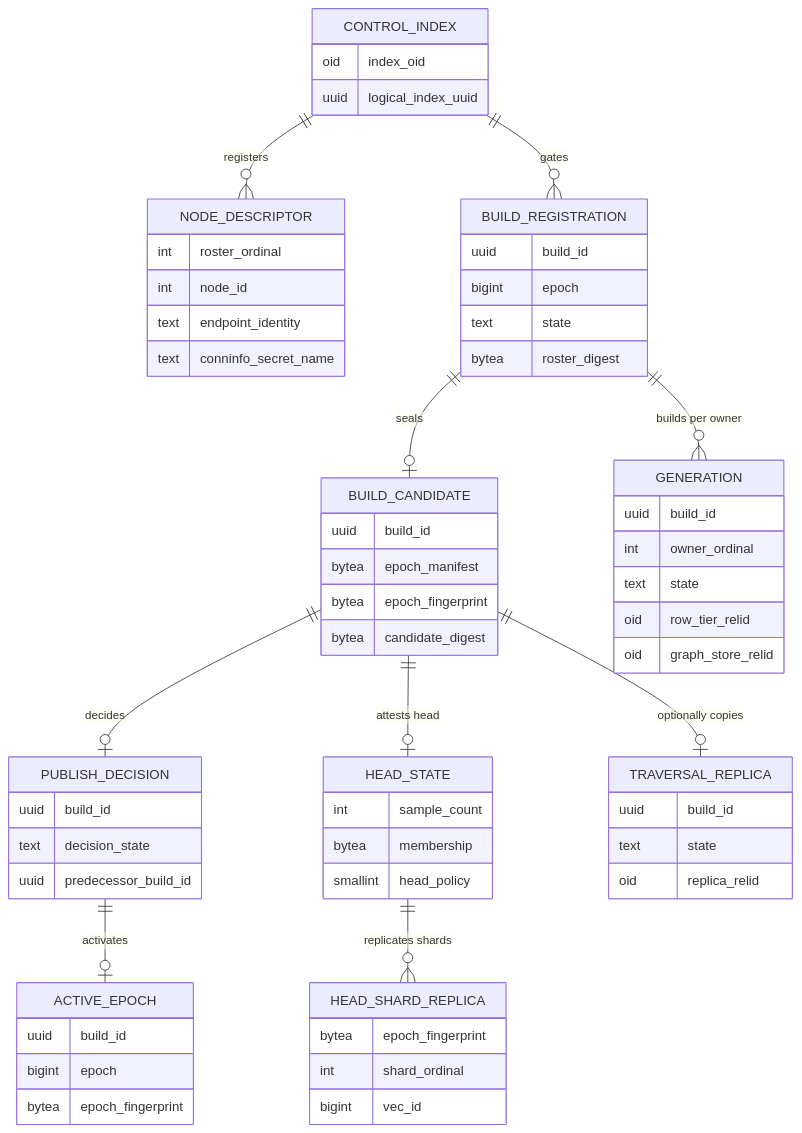
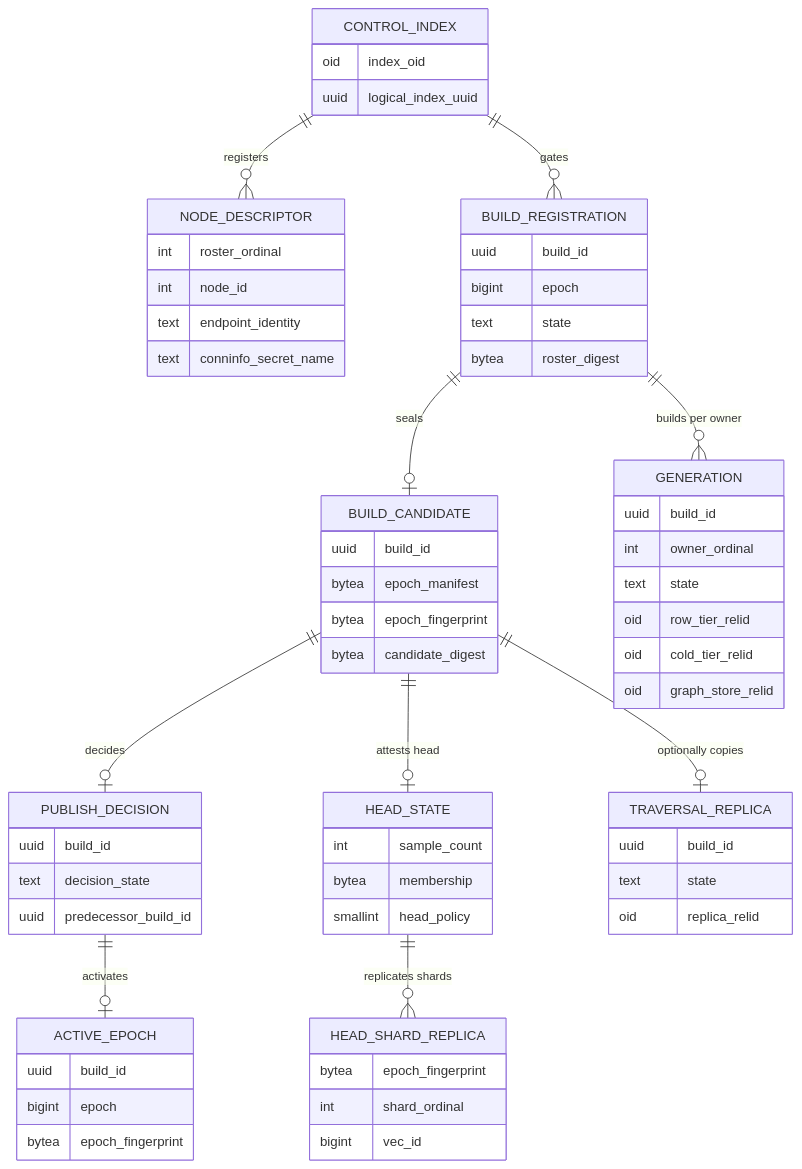
The second of 2 diagrams in spec/functional/distann/FR-085-distann-domain-model.md (agent-ix/ecaz), drawn with Mermaid before and after one commit. The commit also changed other lines of this file and 15 other files, not shown here.

````diff
--- a/spec/functional/distann/FR-085-distann-domain-model.md
+++ b/spec/functional/distann/FR-085-distann-domain-model.md
@@ -105,67 +105,68 @@
 ```mermaid
 erDiagram
     CONTROL_INDEX {
         oid index_oid
         uuid logical_index_uuid
     }
     NODE_DESCRIPTOR {
         int roster_ordinal
         int node_id
         text endpoint_identity
         text conninfo_secret_name
     }
     BUILD_REGISTRATION {
         uuid build_id
         bigint epoch
         text state
         bytea roster_digest
     }
     BUILD_CANDIDATE {
         uuid build_id
         bytea epoch_manifest
         bytea epoch_fingerprint
         bytea candidate_digest
     }
     PUBLISH_DECISION {
         uuid build_id
         text decision_state
         uuid predecessor_build_id
     }
     ACTIVE_EPOCH {
         uuid build_id
         bigint epoch
         bytea epoch_fingerprint
     }
     GENERATION {
         uuid build_id
         int owner_ordinal
         text state
         oid row_tier_relid
+        oid cold_tier_relid
         oid graph_store_relid
     }
     HEAD_STATE {
         int sample_count
         bytea membership
         smallint head_policy
     }
     HEAD_SHARD_REPLICA {
         bytea epoch_fingerprint
         int shard_ordinal
         bigint vec_id
     }
     TRAVERSAL_REPLICA {
         uuid build_id
         text state
         oid replica_relid
     }
 
     CONTROL_INDEX ||--o{ NODE_DESCRIPTOR : registers
     CONTROL_INDEX ||--o{ BUILD_REGISTRATION : gates
     BUILD_REGISTRATION ||--o| BUILD_CANDIDATE : seals
     BUILD_CANDIDATE ||--o| PUBLISH_DECISION : decides
     PUBLISH_DECISION ||--o| ACTIVE_EPOCH : activates
     BUILD_REGISTRATION ||--o{ GENERATION : "builds per owner"
     BUILD_CANDIDATE ||--o| HEAD_STATE : "attests head"
     HEAD_STATE ||--o{ HEAD_SHARD_REPLICA : "replicates shards"
     BUILD_CANDIDATE ||--o| TRAVERSAL_REPLICA : "optionally copies"
 ```
````
